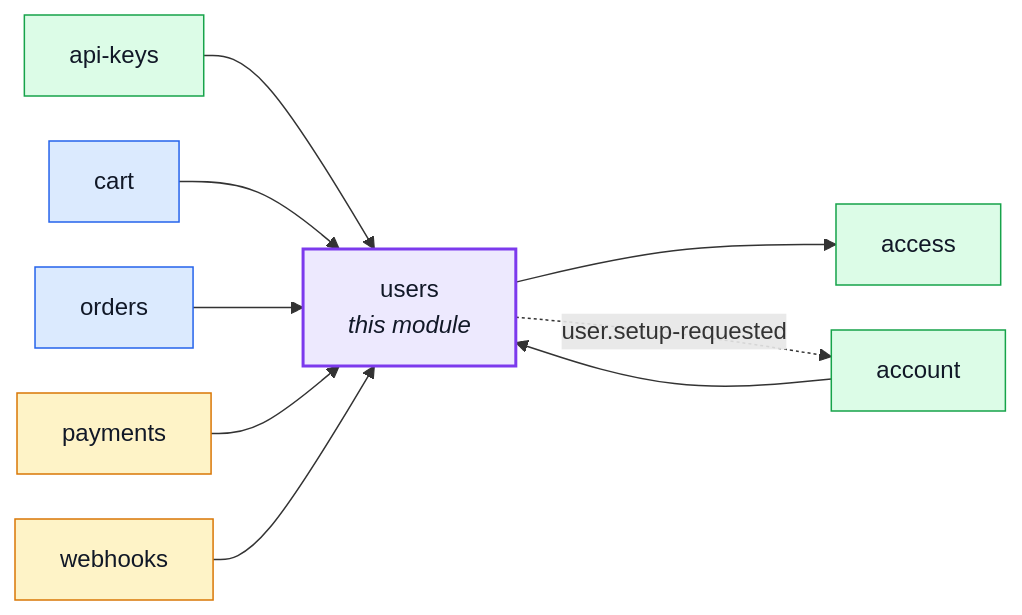
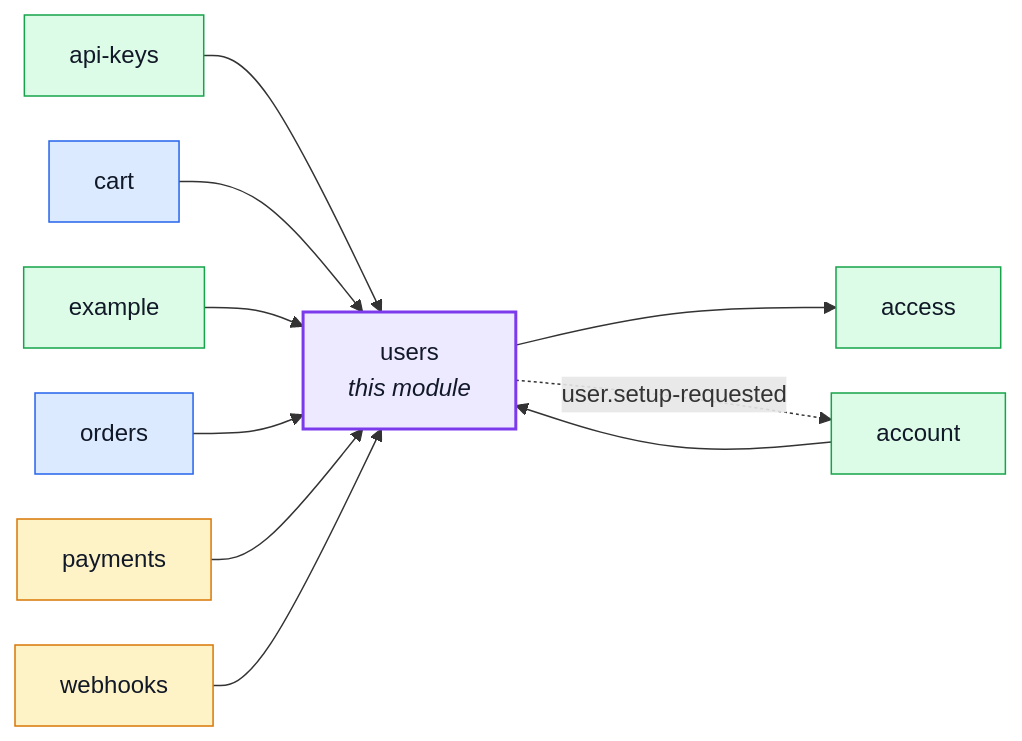
One commit to Guebbit/boilerplate-node-backend changed the diagram in docs/modules/users.md. Above: the diagram before and after it, drawn with Mermaid. The commit also changed 67 other files, not shown here.

````diff
--- a/docs/modules/users.md
+++ b/docs/modules/users.md
@@ -16,30 +16,32 @@
 ```mermaid
 %%{init: {'flowchart': {'nodeSpacing': 30, 'rankSpacing': 60}}}%%
 flowchart LR
     users["users<br/><i>this module</i>"]
     access["access"]
     account["account"]
     api_keys["api-keys"]
     cart["cart"]
+    example["example"]
     orders["orders"]
     payments["payments"]
     webhooks["webhooks"]
 
     account --> users
     api_keys --> users
     cart --> users
+    example --> users
     orders --> users
     payments --> users
     webhooks --> users
     users --> access
     users -. "user.setup-requested" .-> account
 
     classDef core fill:#dbeafe,stroke:#2563eb,color:#111827;
     classDef supporting fill:#fef3c7,stroke:#d97706,color:#111827;
     classDef generic fill:#dcfce7,stroke:#16a34a,color:#111827;
     classDef centre fill:#ede9fe,stroke:#7c3aed,stroke-width:2px,color:#111827;
     class cart,orders core;
     class payments,webhooks supporting;
-    class access,account,api_keys generic;
+    class access,account,api_keys,example generic;
     class users centre;
 ```
````
